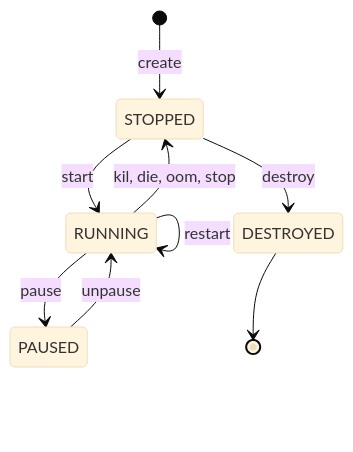
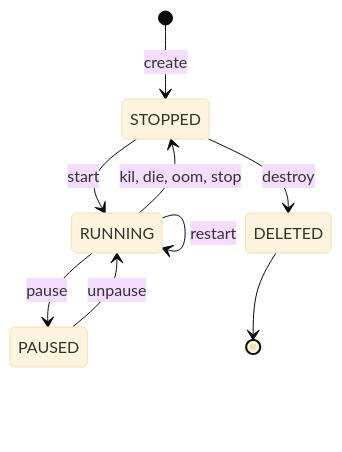
Before and after one commit to mchechulnikov/eucalypt: the sixth of 6 diagrams in README.md, drawn with Mermaid (base theme). The commit also changed other lines of this file, not shown here.

````diff
--- a/README.md
+++ b/README.md
@@ -312,11 +329,11 @@
 ``` mermaid
 stateDiagram-v2
     [*] --> STOPPED: create
     STOPPED --> RUNNING: start
     RUNNING --> RUNNING: restart
     RUNNING --> PAUSED: pause
     PAUSED --> RUNNING: unpause
     RUNNING --> STOPPED: kil, die, oom, stop
-    STOPPED --> DESTROYED: destroy
-    DESTROYED --> [*]
+    STOPPED --> DELETED: destroy
+    DELETED --> [*]
 ```
````
